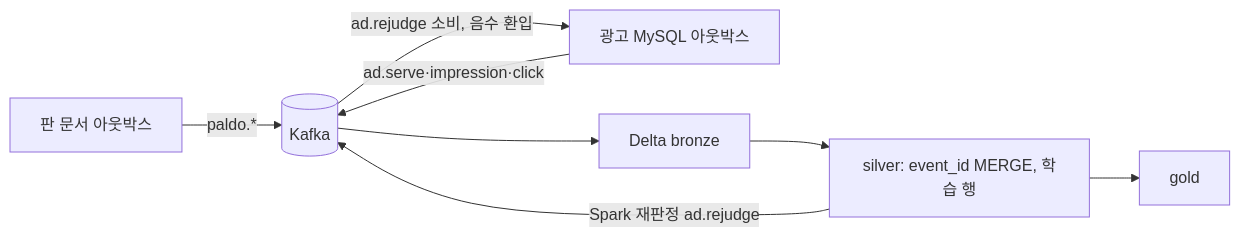
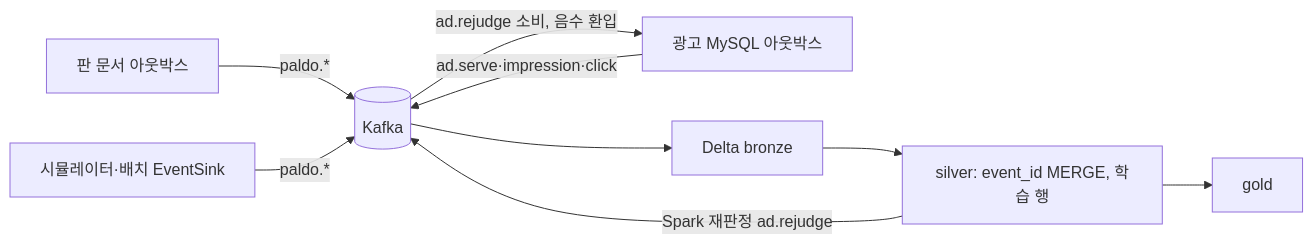
Before and after one commit to encore-ai-campus/mlo-01-p4-team3: the sixth of 6 diagrams in docs/contracts/erd.md, drawn with Mermaid. The commit also changed other lines of this file and 1 other file, not shown here.

Commit message:
docs: [P-28] ERD 재검토 반영(판정 유예, 시뮬레이터 직접 발행 경로), 비밀 검사 예외에 ERD 엔터티 이름 Secret

````diff
--- a/docs/contracts/erd.md
+++ b/docs/contracts/erd.md
@@ -212,8 +212,9 @@
 ```mermaid
 flowchart LR
     G[판 문서 아웃박스] -->|paldo.*| K[(Kafka)]
+    SIM[시뮬레이터·배치 EventSink] -->|paldo.*| K
     A[광고 MySQL 아웃박스] -->|ad.serve·impression·click| K
     K --> B[Delta bronze] --> S[silver: event_id MERGE, 학습 행] --> GD[gold]
     S -->|Spark 재판정 ad.rejudge| K
     K -->|ad.rejudge 소비, 음수 환입| A
 ```
````
